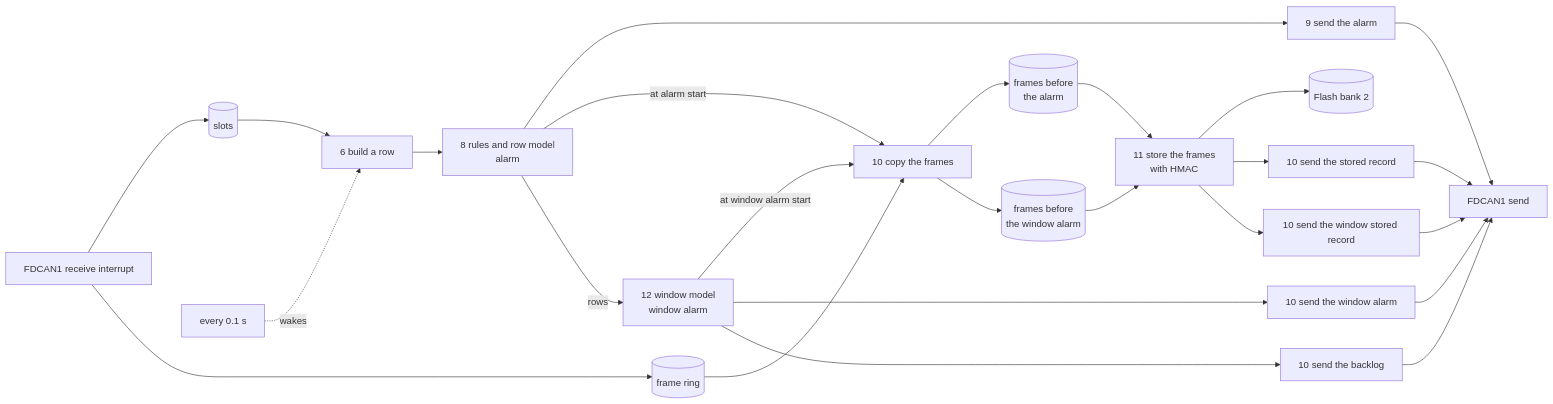
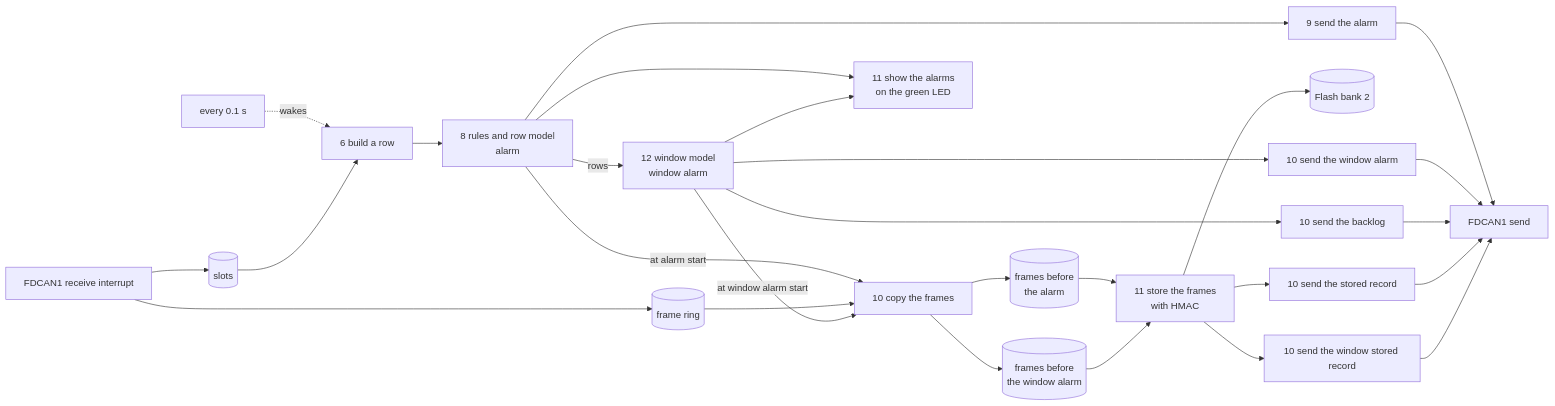
The diagram in board/application/ai_can_anomaly_detection/README.md (asana17/ai_can_anomaly_detection), drawn with Mermaid before and after one commit. The commit also changed other lines of this file and 6 other files, not shown here.

Commit message:
feat(board): show the alarms on the green LED

````diff
--- a/board/application/ai_can_anomaly_detection/README.md
+++ b/board/application/ai_can_anomaly_detection/README.md
@@ -17,27 +17,29 @@
 ```mermaid
 flowchart LR
     irq["FDCAN1 receive interrupt"] --> slots[(slots)]
     irq --> ring[(frame ring)]
     tick["every 0.1 s"] -. wakes .-> pre
     slots --> pre["6 build a row"]
     pre --> row["8 rules and row model<br/>alarm"]
     row --> report["9 send the alarm"]
     row -- at alarm start --> copy["10 copy the frames"]
     ring --> copy
     copy --> alarm_frames[(frames before<br/>the alarm)]
     copy --> window_alarm_frames[(frames before<br/>the window alarm)]
     alarm_frames --> store["11 store the frames<br/>with HMAC"]
     window_alarm_frames --> store
     store --> flash[(Flash bank 2)]
     store --> record["10 send the stored record"]
     store --> window_record["10 send the window stored record"]
     row -- rows --> win["12 window model<br/>window alarm"]
     win -- at window alarm start --> copy
     win --> window_report["10 send the window alarm"]
     win --> backlog["10 send the backlog"]
+    row --> led["11 show the alarms<br/>on the green LED"]
+    win --> led
     report --> bus["FDCAN1 send"]
     window_report --> bus
     backlog --> bus
     record --> bus
     window_record --> bus
 ```
````
